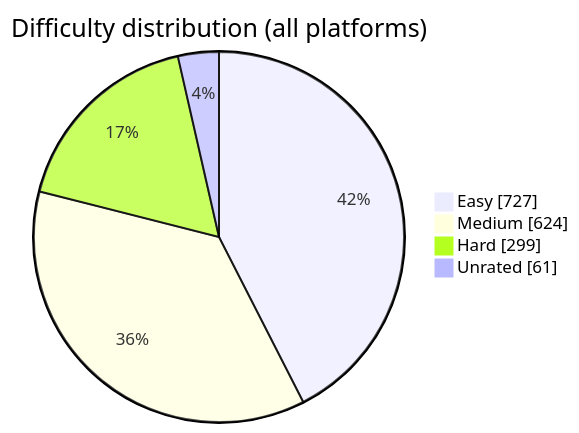
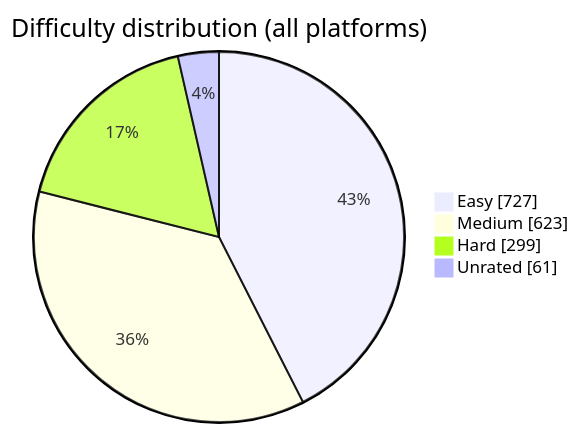
Before and after one commit to BuildbyArindam/Daily-Coding-Log: the diagram in README.md, drawn with Mermaid. The commit also changed other lines of this file, not shown here.

````diff
--- a/README.md
+++ b/README.md
@@ -93,7 +93,7 @@
 ```mermaid
 pie showData title Difficulty distribution (all platforms)
     "Easy" : 727
-    "Medium" : 624
+    "Medium" : 623
     "Hard" : 299
     "Unrated" : 61
 ```
````
